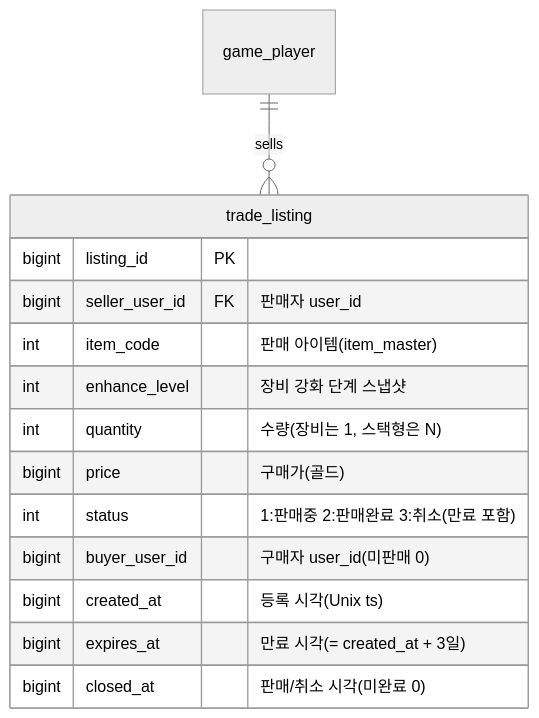
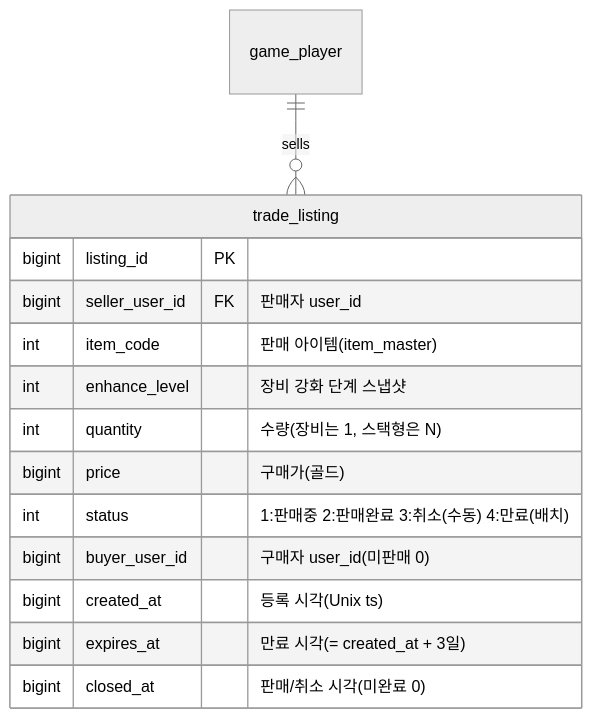
The diagram in docs/세부/trade-기획서.md (ks-wook/com2us-taskbar-hero), drawn with Mermaid (neutral theme) before and after one commit. The commit also changed other lines of this file and 11 other files, not shown here.

````diff
--- a/docs/세부/trade-기획서.md
+++ b/docs/세부/trade-기획서.md
@@ -97,18 +97,18 @@
 ```mermaid
 erDiagram
     game_player ||--o{ trade_listing : sells
 
     trade_listing {
         bigint  listing_id PK
         bigint  seller_user_id FK "판매자 user_id"
         int     item_code "판매 아이템(item_master)"
         int     enhance_level "장비 강화 단계 스냅샷"
         int     quantity "수량(장비는 1, 스택형은 N)"
         bigint  price "구매가(골드)"
-        int     status "1:판매중 2:판매완료 3:취소(만료 포함)"
+        int     status "1:판매중 2:판매완료 3:취소(수동) 4:만료(배치)"
         bigint  buyer_user_id "구매자 user_id(미판매 0)"
         bigint  created_at "등록 시각(Unix ts)"
         bigint  expires_at "만료 시각(= created_at + 3일)"
         bigint  closed_at "판매/취소 시각(미완료 0)"
     }
 ```
````
